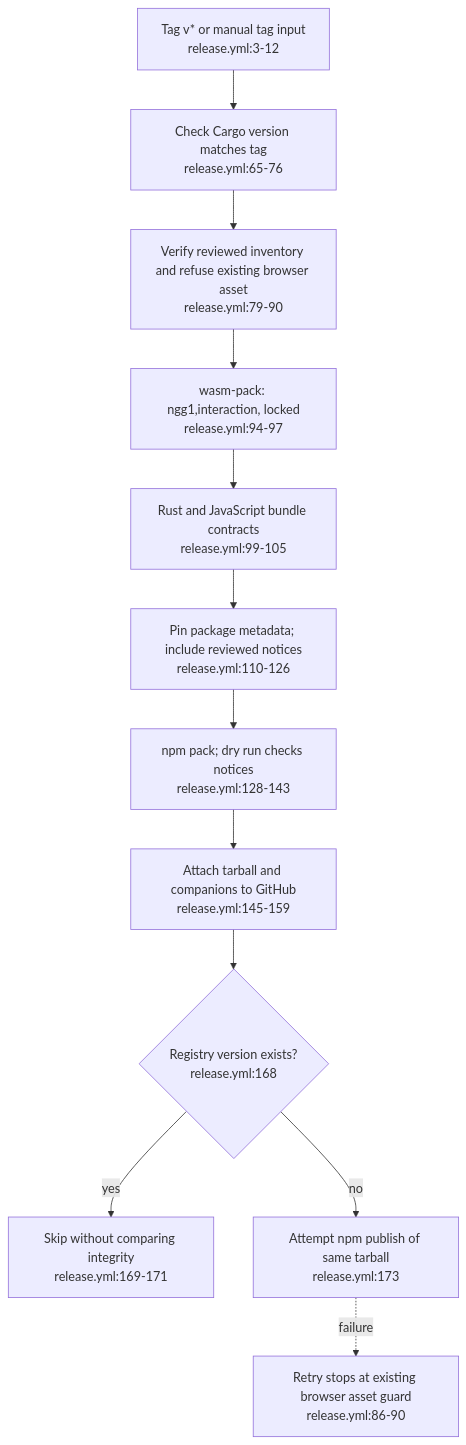
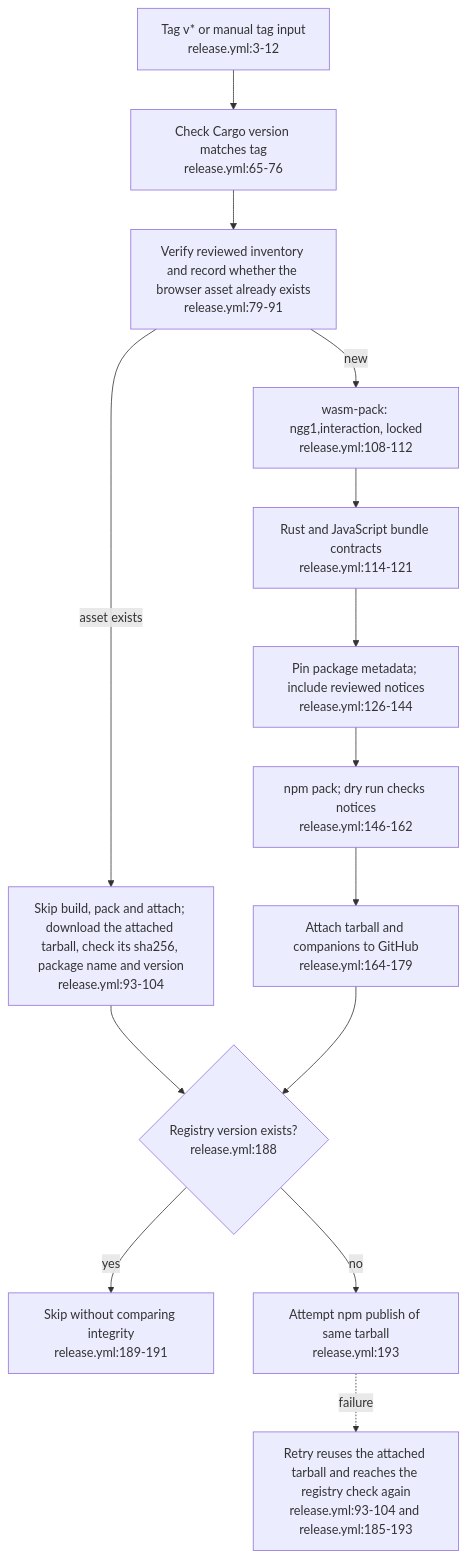
One commit to DreamLab-AI/VisionFlow changed the third of 6 diagrams in docs/diagrams/vowl-wasm/05-build-test-bench-and-publish.md. Above: the diagram before and after it, drawn with Mermaid. The commit also changed other lines of this file and 36 other files, not shown here.

First line of the commit message:
docs(diagrams): re-derive and re-stamp agentbox, dream-engine, visioncraft, visiontouch and vowl topics; drop LAN addresses

````diff
--- a/docs/diagrams/vowl-wasm/05-build-test-bench-and-publish.md
+++ b/docs/diagrams/vowl-wasm/05-build-test-bench-and-publish.md
@@ -71,14 +71,16 @@
 ```mermaid
 flowchart TB
     TAG["Tag v* or manual tag input<br/>release.yml:3-12"] --> CHECK["Check Cargo version matches tag<br/>release.yml:65-76"]
-    CHECK --> VERIFY["Verify reviewed inventory and refuse existing browser asset<br/>release.yml:79-90"]
-    VERIFY --> BUILD["wasm-pack: ngg1,interaction, locked<br/>release.yml:94-97"]
-    BUILD --> GATE["Rust and JavaScript bundle contracts<br/>release.yml:99-105"]
-    GATE --> PIN["Pin package metadata; include reviewed notices<br/>release.yml:110-126"]
-    PIN --> PACK["npm pack; dry run checks notices<br/>release.yml:128-143"]
-    PACK --> REL["Attach tarball and companions to GitHub<br/>release.yml:145-159"]
-    REL --> EXISTS{"Registry version exists?<br/>release.yml:168"}
-    EXISTS -->|yes| SKIP["Skip without comparing integrity<br/>release.yml:169-171"]
-    EXISTS -->|no| NPM["Attempt npm publish of same tarball<br/>release.yml:173"]
-    NPM -. failure .-> RETRY["Retry stops at existing browser asset guard<br/>release.yml:86-90"]
+    CHECK --> VERIFY["Verify reviewed inventory and record whether the browser asset already exists<br/>release.yml:79-91"]
+    VERIFY -->|asset exists| REUSE["Skip build, pack and attach; download the attached tarball, check its sha256, package name and version<br/>release.yml:93-104"]
+    VERIFY -->|new| BUILD["wasm-pack: ngg1,interaction, locked<br/>release.yml:108-112"]
+    REUSE --> EXISTS
+    BUILD --> GATE["Rust and JavaScript bundle contracts<br/>release.yml:114-121"]
+    GATE --> PIN["Pin package metadata; include reviewed notices<br/>release.yml:126-144"]
+    PIN --> PACK["npm pack; dry run checks notices<br/>release.yml:146-162"]
+    PACK --> REL["Attach tarball and companions to GitHub<br/>release.yml:164-179"]
+    REL --> EXISTS{"Registry version exists?<br/>release.yml:188"}
+    EXISTS -->|yes| SKIP["Skip without comparing integrity<br/>release.yml:189-191"]
+    EXISTS -->|no| NPM["Attempt npm publish of same tarball<br/>release.yml:193"]
+    NPM -. failure .-> RETRY["Retry reuses the attached tarball and reaches the registry check again<br/>release.yml:93-104 and release.yml:185-193"]
 ```
````
